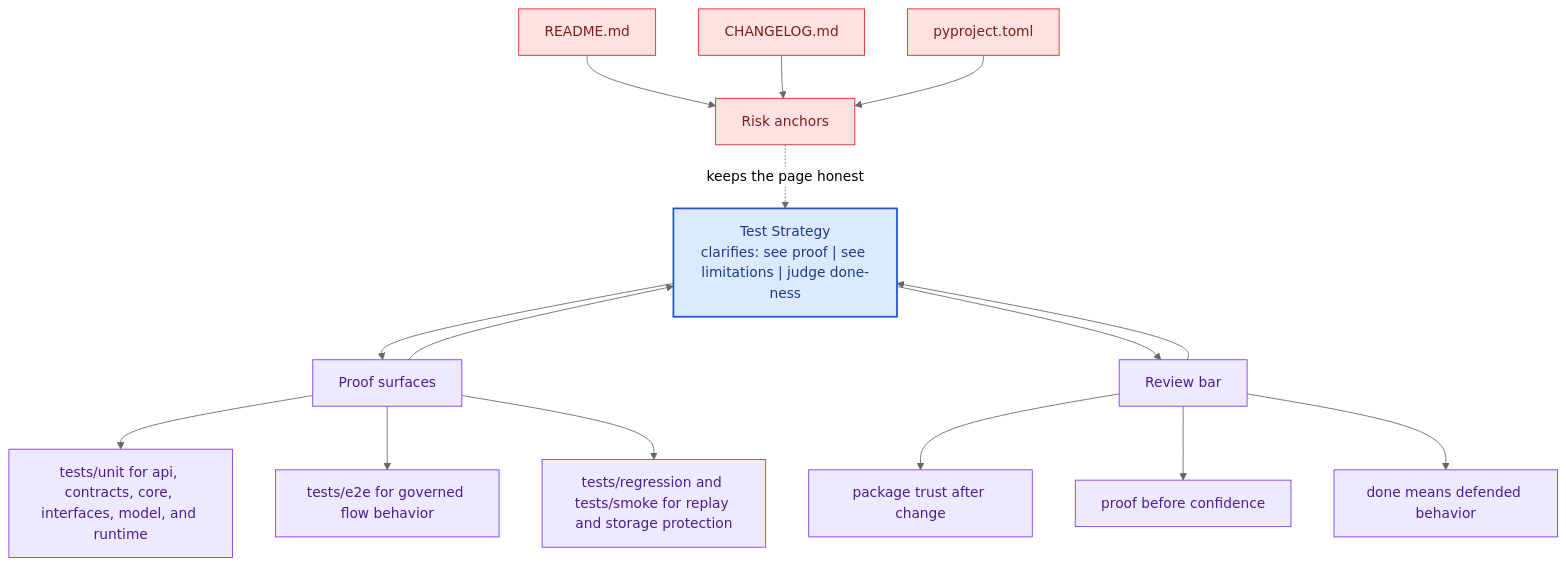
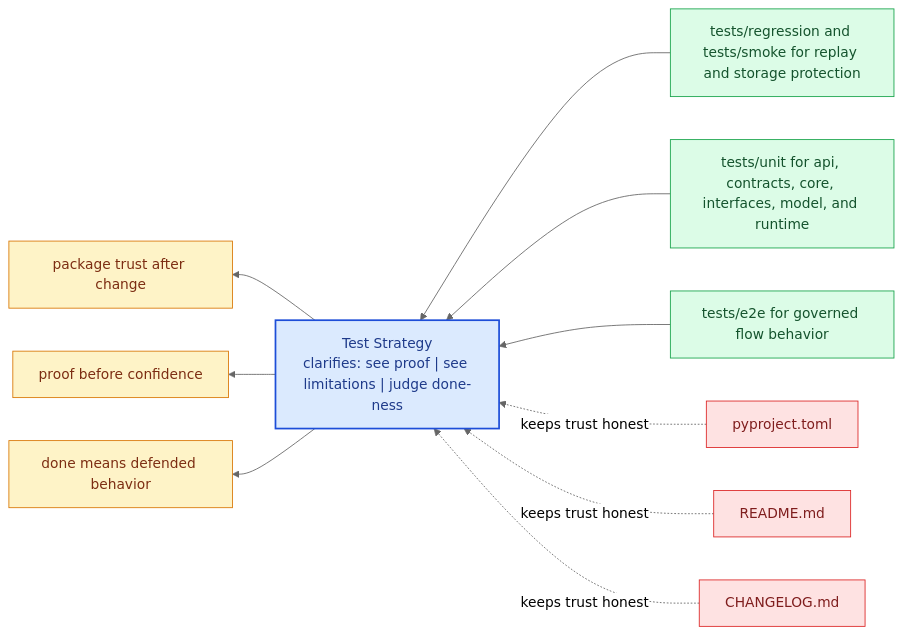
One commit to bijux/bijux-canon changed the diagram in docs/bijux-canon-runtime/quality/test-strategy.md. Above: the diagram before and after it, drawn with Mermaid (neutral theme). The commit also changed other lines of this file and 281 other files, not shown here.

Commit message:
docs(diagrams): replace repeated mermaid scaffolds with page-specific summaries

````diff
--- a/docs/bijux-canon-runtime/quality/test-strategy.md
+++ b/docs/bijux-canon-runtime/quality/test-strategy.md
@@ -67,41 +22,31 @@
 ```mermaid
-flowchart TB
-    promise["Test Strategy<br/>clarifies: see proof | see limitations | judge done-ness"]
-    classDef promise fill:#dbeafe,stroke:#1d4ed8,color:#1e3a8a,stroke-width:2px;
-    classDef driver fill:#dcfce7,stroke:#16a34a,color:#14532d;
-    classDef constraint fill:#fee2e2,stroke:#dc2626,color:#7f1d1d;
-    classDef ground fill:#ede9fe,stroke:#7c3aed,color:#4c1d95;
-    focus1["Proof surfaces"]
-    focus1 --> promise
-    promise --> focus1
-    focus1_1["tests/unit for api, contracts, core, interfaces, model, and runtime"]
-    focus1 --> focus1_1
-    focus1_2["tests/e2e for governed flow behavior"]
-    focus1 --> focus1_2
-    focus1_3["tests/regression and tests/smoke for replay and storage protection"]
-    focus1 --> focus1_3
-    class focus1 ground;
-    class focus1_1,focus1_2,focus1_3 ground;
-    focus2["Risk anchors"]
-    focus2 -.keeps the page honest.-> promise
-    focus2_1["README.md"]
-    focus2_1 --> focus2
-    focus2_2["CHANGELOG.md"]
-    focus2_2 --> focus2
-    focus2_3["pyproject.toml"]
-    focus2_3 --> focus2
-    class focus2 constraint;
-    class focus2_1,focus2_2,focus2_3 constraint;
-    focus3["Review bar"]
-    focus3 --> promise
-    promise --> focus3
-    focus3_1["package trust after change"]
-    focus3 --> focus3_1
-    focus3_2["proof before confidence"]
-    focus3 --> focus3_2
-    focus3_3["done means defended behavior"]
-    focus3 --> focus3_3
-    class focus3 ground;
-    class focus3_1,focus3_2,focus3_3 ground;
-    class promise promise;
+flowchart RL
+    page["Test Strategy<br/>clarifies: see proof | see limitations | judge done-ness"]
+    classDef page fill:#dbeafe,stroke:#1d4ed8,color:#1e3a8a,stroke-width:2px;
+    classDef positive fill:#dcfce7,stroke:#16a34a,color:#14532d;
+    classDef caution fill:#fee2e2,stroke:#dc2626,color:#7f1d1d;
+    classDef anchor fill:#ede9fe,stroke:#7c3aed,color:#4c1d95;
+    classDef action fill:#fef3c7,stroke:#d97706,color:#7c2d12;
+    proof1["tests/regression and tests/smoke for replay and storage protection"]
+    proof1 --> page
+    proof2["tests/unit for api, contracts, core, interfaces, model, and runtime"]
+    proof2 --> page
+    proof3["tests/e2e for governed flow behavior"]
+    proof3 --> page
+    risk1["pyproject.toml"]
+    risk1 -.keeps trust honest.-> page
+    risk2["README.md"]
+    risk2 -.keeps trust honest.-> page
+    risk3["CHANGELOG.md"]
+    risk3 -.keeps trust honest.-> page
+    bar1["package trust after change"]
+    page --> bar1
+    bar2["proof before confidence"]
+    page --> bar2
+    bar3["done means defended behavior"]
+    page --> bar3
+    class page page;
+    class proof1,proof2,proof3 positive;
+    class risk1,risk2,risk3 caution;
+    class bar1,bar2,bar3 action;
 ```
````
